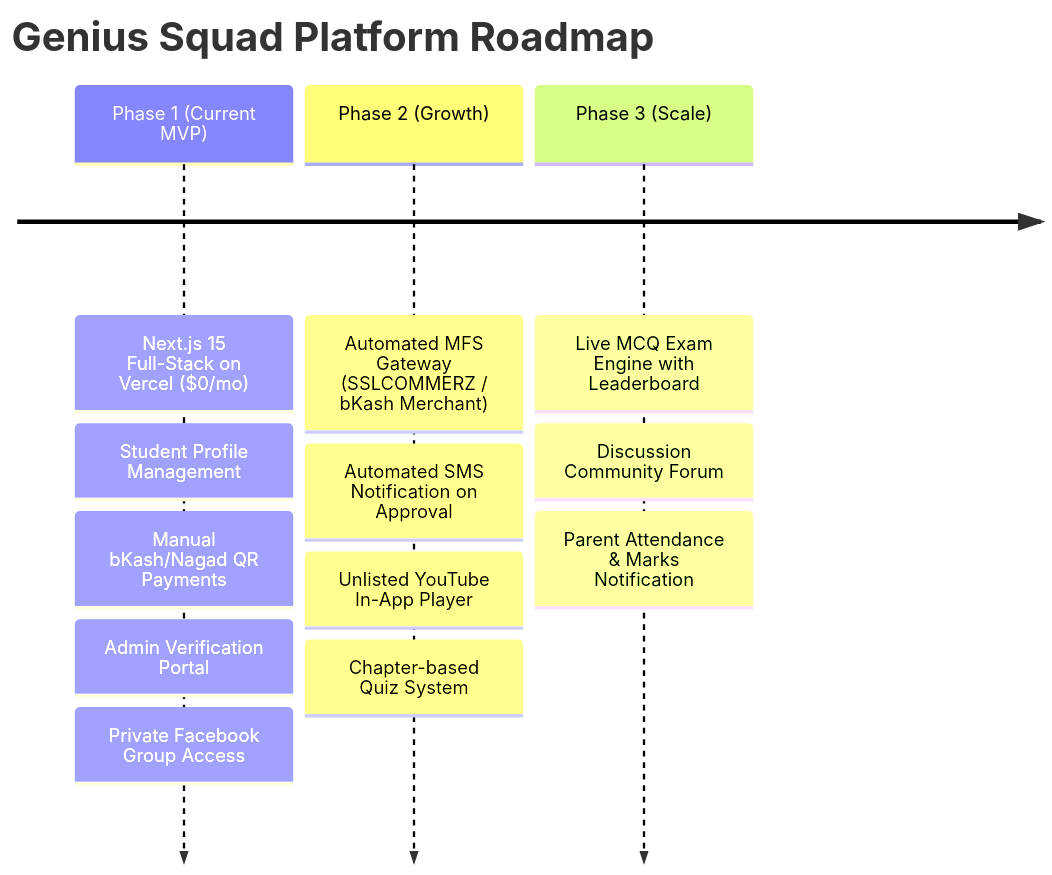
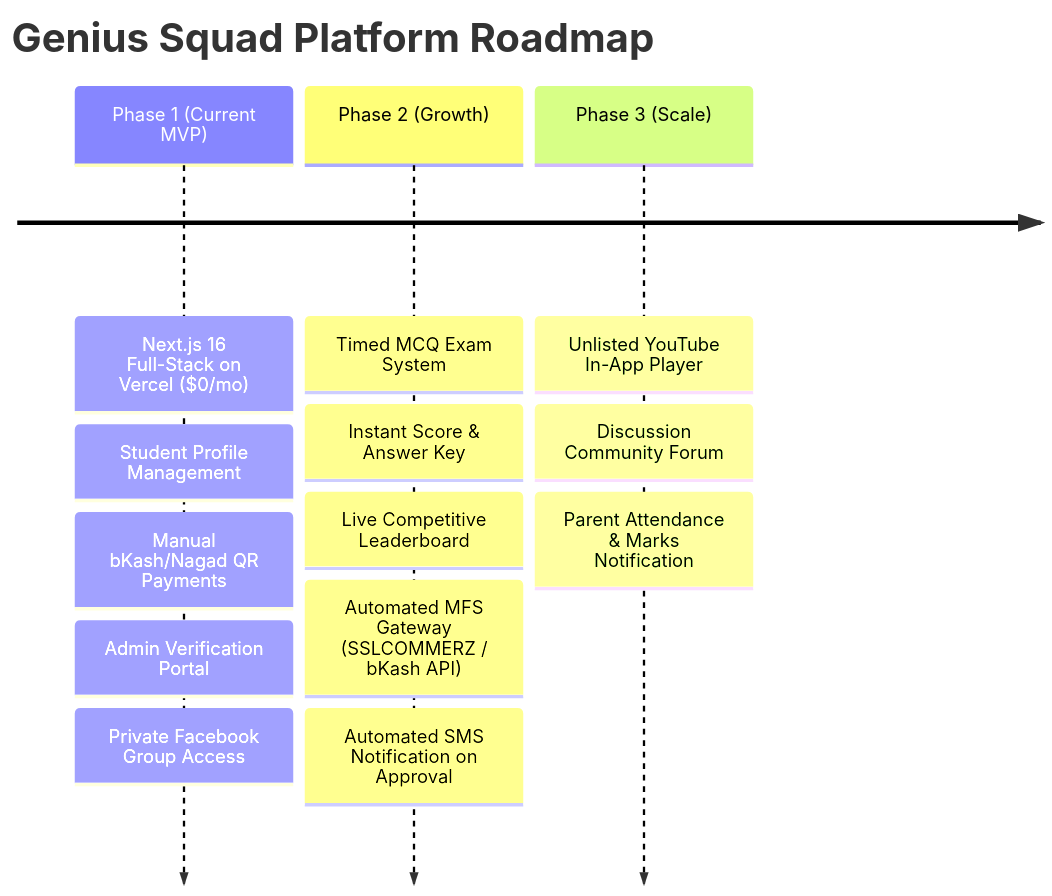
Before and after one commit to jubayerCodes/genius-squad: the fourth of 4 diagrams in PRD.md, drawn with Mermaid. The commit also changed other lines of this file, not shown here.

Commit message:
docs(prd): add MCQ exam engine and live leaderboard specifications

````diff
--- a/PRD.md
+++ b/PRD.md
@@ -362,7 +407,7 @@
 ```mermaid
 timeline
     title Genius Squad Platform Roadmap
-    Phase 1 (Current MVP) : Next.js 15 Full-Stack on Vercel ($0/mo) : Student Profile Management : Manual bKash/Nagad QR Payments : Admin Verification Portal : Private Facebook Group Access
-    Phase 2 (Growth) : Automated MFS Gateway (SSLCOMMERZ / bKash Merchant) : Automated SMS Notification on Approval : Unlisted YouTube In-App Player : Chapter-based Quiz System
-    Phase 3 (Scale) : Live MCQ Exam Engine with Leaderboard : Discussion Community Forum : Parent Attendance & Marks Notification
+    Phase 1 (Current MVP) : Next.js 16 Full-Stack on Vercel ($0/mo) : Student Profile Management : Manual bKash/Nagad QR Payments : Admin Verification Portal : Private Facebook Group Access
+    Phase 2 (Growth) : Timed MCQ Exam System : Instant Score & Answer Key : Live Competitive Leaderboard : Automated MFS Gateway (SSLCOMMERZ / bKash API) : Automated SMS Notification on Approval
+    Phase 3 (Scale) : Unlisted YouTube In-App Player : Discussion Community Forum : Parent Attendance & Marks Notification
 ```
````
